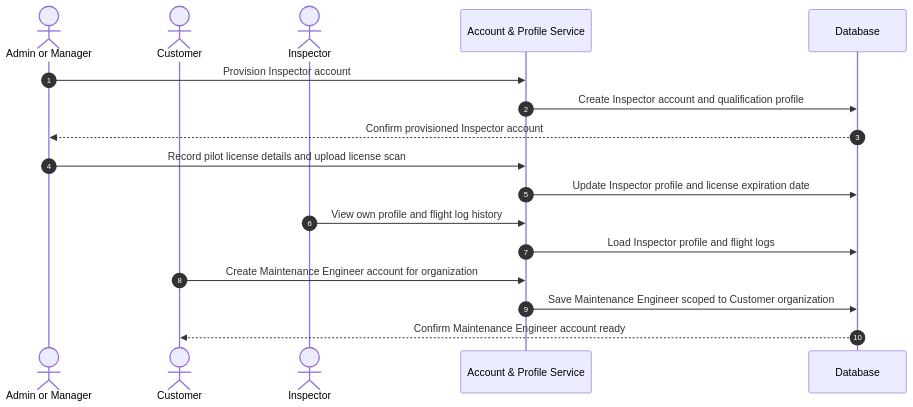
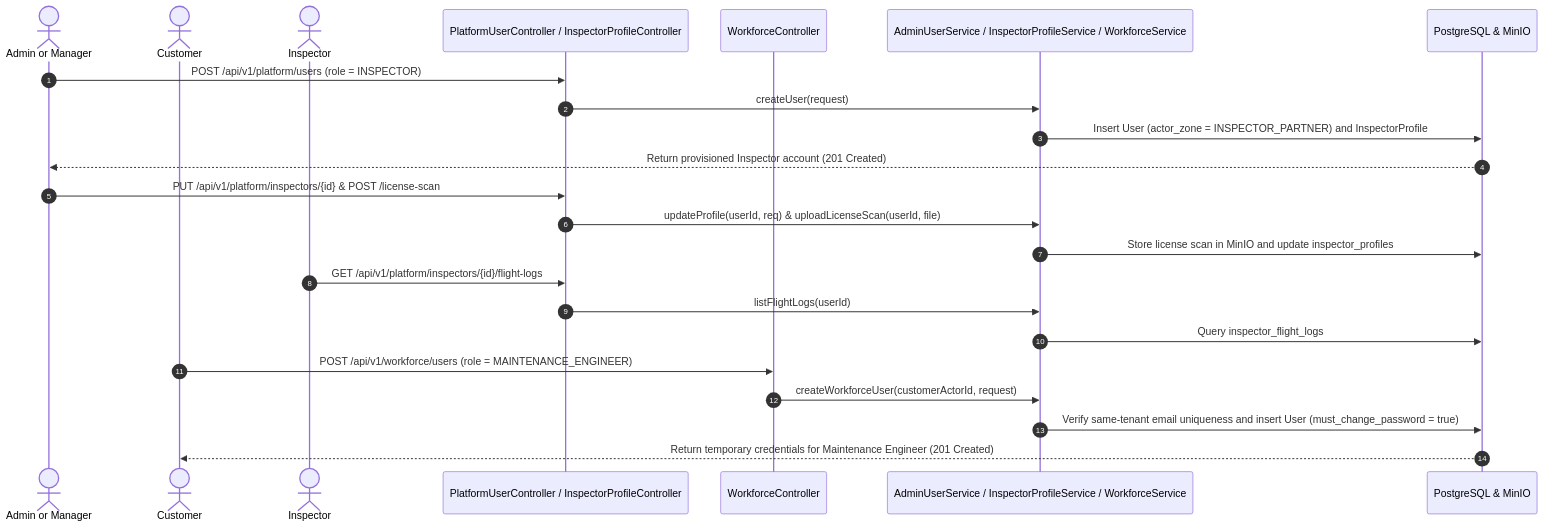
One commit to tungbach12/SmartDroneInspection-Docs changed the fifth of 26 diagrams in reports/report-4-software-design-document/03-detailed-design.md. Above: the diagram before and after it, drawn with Mermaid. The commit also changed other lines of this file and 132 other files, not shown here.

````diff
--- a/reports/report-4-software-design-document/03-detailed-design.md
+++ b/reports/report-4-software-design-document/03-detailed-design.md
@@ -209,23 +275,29 @@
 ```mermaid
-%% title: FE-02 Inspector Provisioning and Customer Workforce Sequence Diagram
+%% title: FE-02 Inspector Provisioning, License Profile and Customer Workforce Sequence Diagram
 sequenceDiagram
   autonumber
   actor Admin as Admin or Manager
   actor Cust as Customer
   actor Insp as Inspector
-  participant UserSvc as Account & Profile Service
-  participant DB as Database
+  participant PlatCtrl as PlatformUserController / InspectorProfileController
+  participant WorkCtrl as WorkforceController
+  participant UserSvc as AdminUserService / InspectorProfileService / WorkforceService
+  participant DB as PostgreSQL & MinIO
 
-  Admin->>UserSvc: Provision Inspector account
-  UserSvc->>DB: Create Inspector account and qualification profile
-  DB-->>Admin: Confirm provisioned Inspector account
+  Admin->>PlatCtrl: POST /api/v1/platform/users (role = INSPECTOR)
+  PlatCtrl->>UserSvc: createUser(request)
+  UserSvc->>DB: Insert User (actor_zone = INSPECTOR_PARTNER) and InspectorProfile
+  DB-->>Admin: Return provisioned Inspector account (201 Created)
 
-  Admin->>UserSvc: Record pilot license details and upload license scan
-  UserSvc->>DB: Update Inspector profile and license expiration date
-  Insp->>UserSvc: View own profile and flight log history
-  UserSvc->>DB: Load Inspector profile and flight logs
+  Admin->>PlatCtrl: PUT /api/v1/platform/inspectors/{id} & POST /license-scan
+  PlatCtrl->>UserSvc: updateProfile(userId, req) & uploadLicenseScan(userId, file)
+  UserSvc->>DB: Store license scan in MinIO and update inspector_profiles
+  Insp->>PlatCtrl: GET /api/v1/platform/inspectors/{id}/flight-logs
+  PlatCtrl->>UserSvc: listFlightLogs(userId)
+  UserSvc->>DB: Query inspector_flight_logs
 
-  Cust->>UserSvc: Create Maintenance Engineer account for organization
-  UserSvc->>DB: Save Maintenance Engineer scoped to Customer organization
-  DB-->>Cust: Confirm Maintenance Engineer account ready
+  Cust->>WorkCtrl: POST /api/v1/workforce/users (role = MAINTENANCE_ENGINEER)
+  WorkCtrl->>UserSvc: createWorkforceUser(customerActorId, request)
+  UserSvc->>DB: Verify same-tenant email uniqueness and insert User (must_change_password = true)
+  DB-->>Cust: Return temporary credentials for Maintenance Engineer (201 Created)
 ```
````
